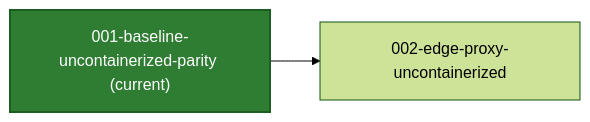
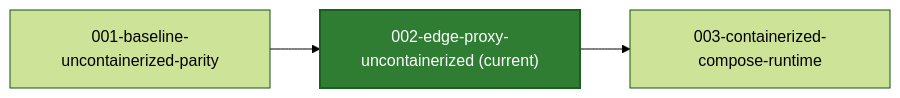
One commit to finos/traderX changed the diagram in README.md. Above: the diagram before and after it, drawn with Mermaid (forest theme). The commit also changed other lines of this file and 22 other files, not shown here.

First line of the commit message:
snapshot: 002-edge-proxy-uncontainerized generated from 68d19a554c7480a615b19c024eb0a88228c6b9ad

````diff
--- a/README.md
+++ b/README.md
@@ -21,8 +21,10 @@
 ```mermaid
 flowchart LR
-  S_CUR["001-baseline-uncontainerized-parity (current)"]
+  S_CUR["002-edge-proxy-uncontainerized (current)"]
   style S_CUR fill:#2e7d32,stroke:#1b5e20,color:#ffffff,stroke-width:2px
-  S_CUR --> S_NEXT_002_edge_proxy_uncontainerized["002-edge-proxy-uncontainerized"]
-  click S_NEXT_002_edge_proxy_uncontainerized href "https://github.com/finos/traderX/tree/code%2Fgenerated-state-002-edge-proxy-uncontainerized" "Open branch"
-  click S_CUR href "https://github.com/finos/traderX/tree/code%2Fgenerated-state-001-baseline-uncontainerized-parity" "Open current branch"
+  S_PREV_001_baseline_uncontainerized_parity["001-baseline-uncontainerized-parity"] --> S_CUR
+  click S_PREV_001_baseline_uncontainerized_parity href "https://github.com/finos/traderX/tree/code%2Fgenerated-state-001-baseline-uncontainerized-parity" "Open branch"
+  S_CUR --> S_NEXT_003_containerized_compose_runtime["003-containerized-compose-runtime"]
+  click S_NEXT_003_containerized_compose_runtime href "https://github.com/finos/traderX/tree/code%2Fgenerated-state-003-containerized-compose-runtime" "Open branch"
+  click S_CUR href "https://github.com/finos/traderX/tree/code%2Fgenerated-state-002-edge-proxy-uncontainerized" "Open current branch"
 ```
````
